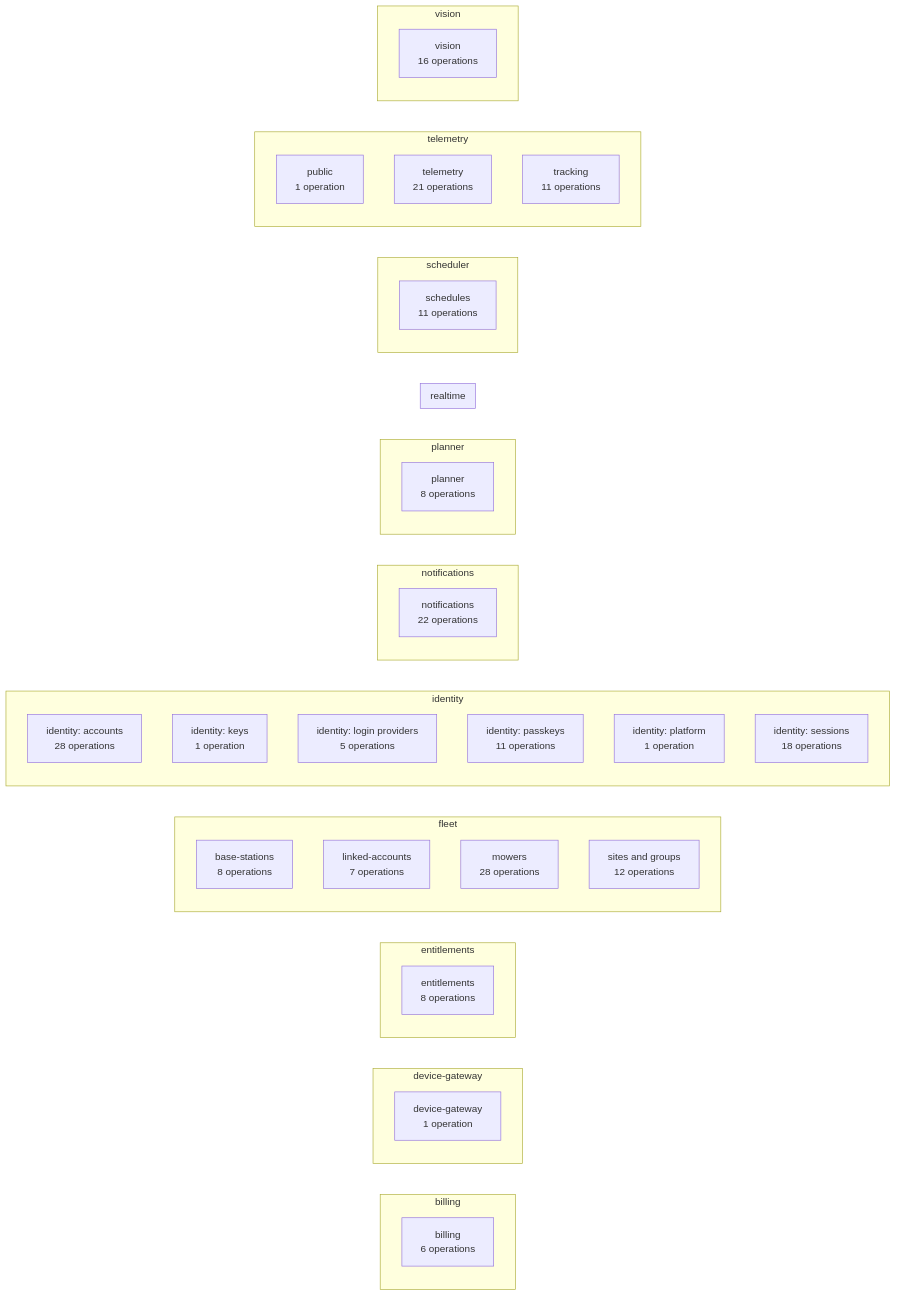
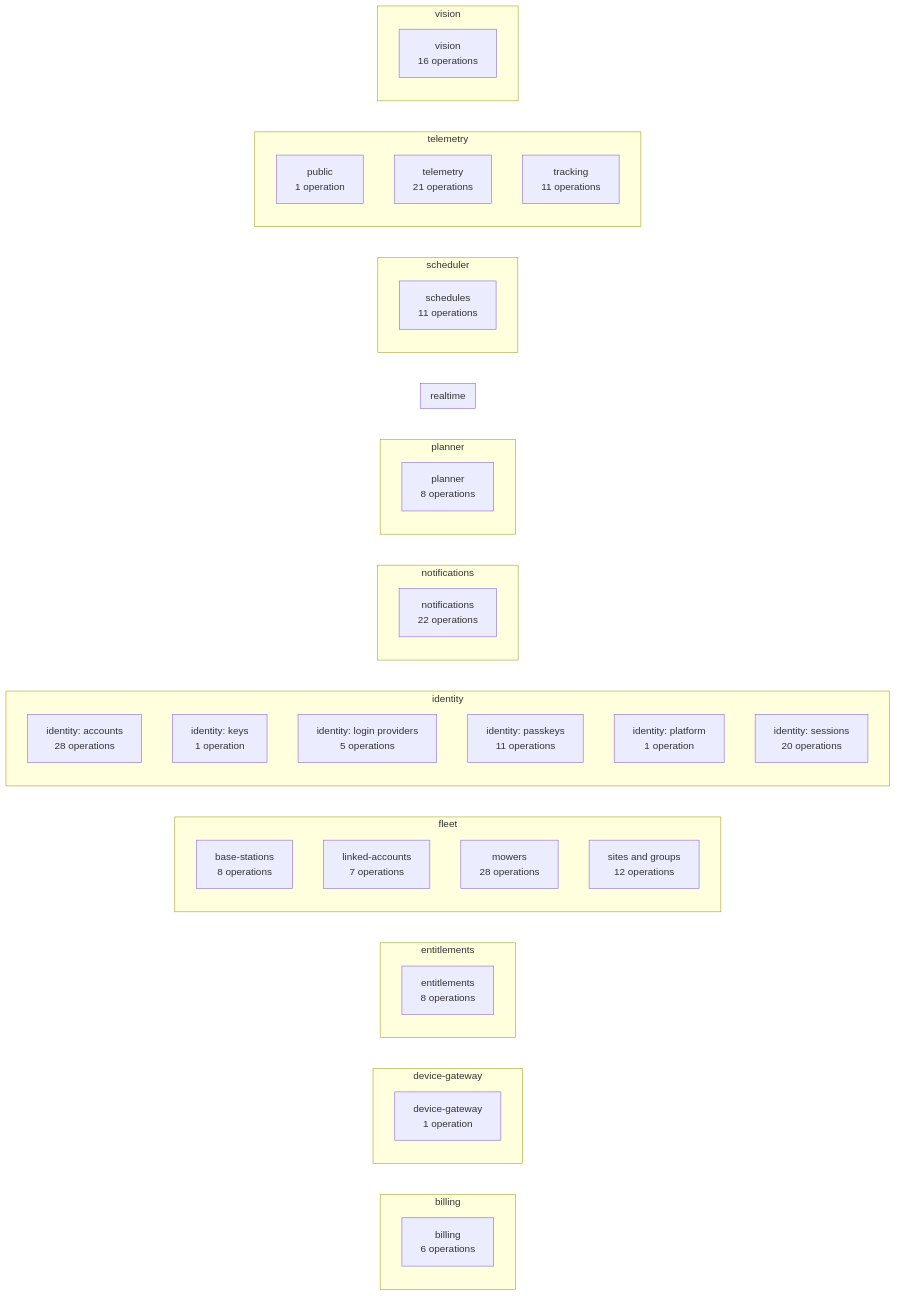
One commit to lukislp/mowdeck changed diagram 14 of 15 in docs/architecture/generated.md. Above: the diagram before and after it, drawn with Mermaid. The commit also changed other lines of this file and 15 other files, not shown here.

````diff
--- a/docs/architecture/generated.md
+++ b/docs/architecture/generated.md
@@ -430,56 +430,56 @@
 ```mermaid
 flowchart LR
   subgraph billing["billing"]
     direction TB
     billing_billing["billing<br/>6 operations"]
   end
   subgraph device_gateway["device-gateway"]
     direction TB
     device_gateway_device_gateway["device-gateway<br/>1 operation"]
   end
   subgraph entitlements["entitlements"]
     direction TB
     entitlements_entitlements["entitlements<br/>8 operations"]
   end
   subgraph fleet["fleet"]
     direction TB
     fleet_base_stations["base-stations<br/>8 operations"]
     fleet_linked_accounts["linked-accounts<br/>7 operations"]
     fleet_mowers["mowers<br/>28 operations"]
     fleet_sites_and_groups["sites and groups<br/>12 operations"]
   end
   subgraph identity["identity"]
     direction TB
     identity_identity__accounts["identity: accounts<br/>28 operations"]
     identity_identity__keys["identity: keys<br/>1 operation"]
     identity_identity__login_providers["identity: login providers<br/>5 operations"]
     identity_identity__passkeys["identity: passkeys<br/>11 operations"]
     identity_identity__platform["identity: platform<br/>1 operation"]
-    identity_identity__sessions["identity: sessions<br/>18 operations"]
+    identity_identity__sessions["identity: sessions<br/>20 operations"]
   end
   subgraph notifications["notifications"]
     direction TB
     notifications_notifications["notifications<br/>22 operations"]
   end
   subgraph planner["planner"]
     direction TB
     planner_planner["planner<br/>8 operations"]
   end
   subgraph realtime["realtime"]
     direction TB
   end
   subgraph scheduler["scheduler"]
     direction TB
     scheduler_schedules["schedules<br/>11 operations"]
   end
   subgraph telemetry["telemetry"]
     direction TB
     telemetry_public["public<br/>1 operation"]
     telemetry_telemetry["telemetry<br/>21 operations"]
     telemetry_tracking["tracking<br/>11 operations"]
   end
   subgraph vision["vision"]
     direction TB
     vision_vision["vision<br/>16 operations"]
   end
 ```
````
